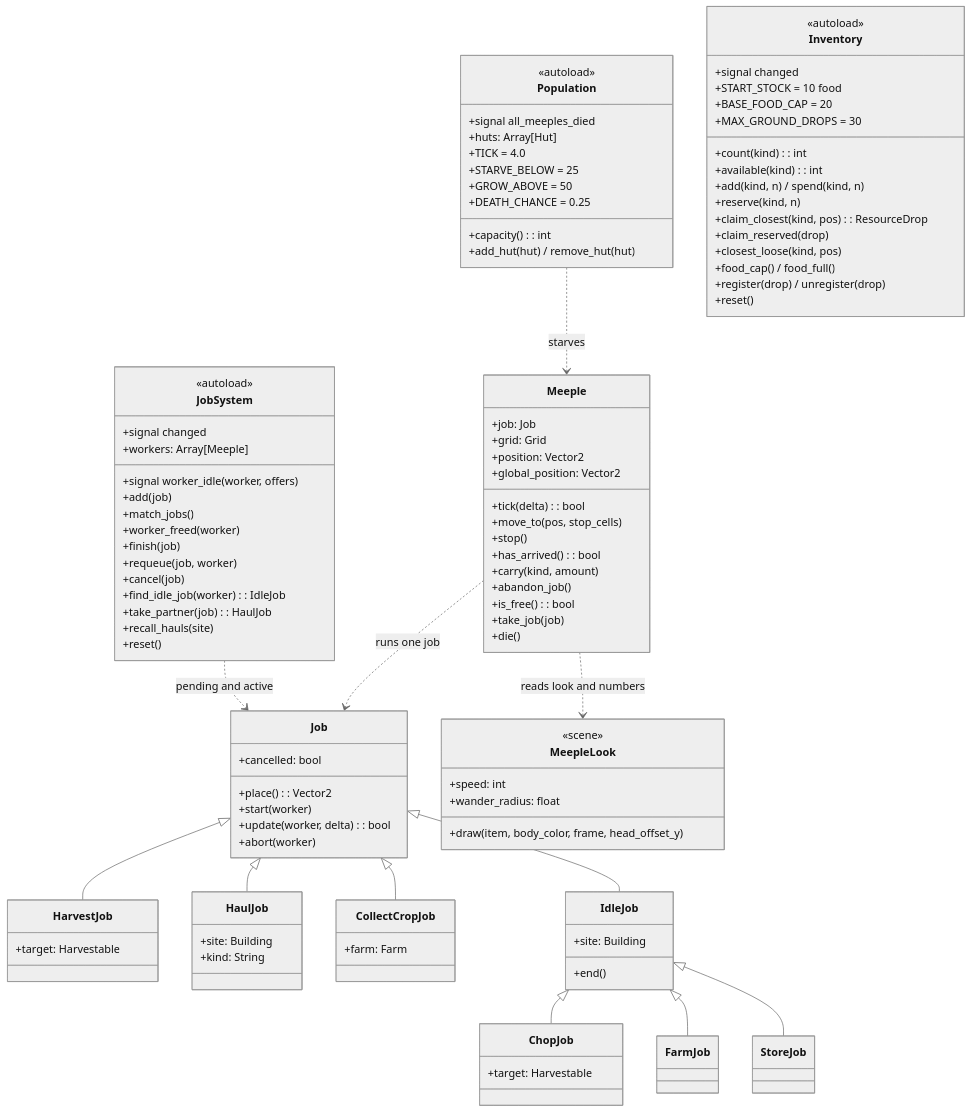
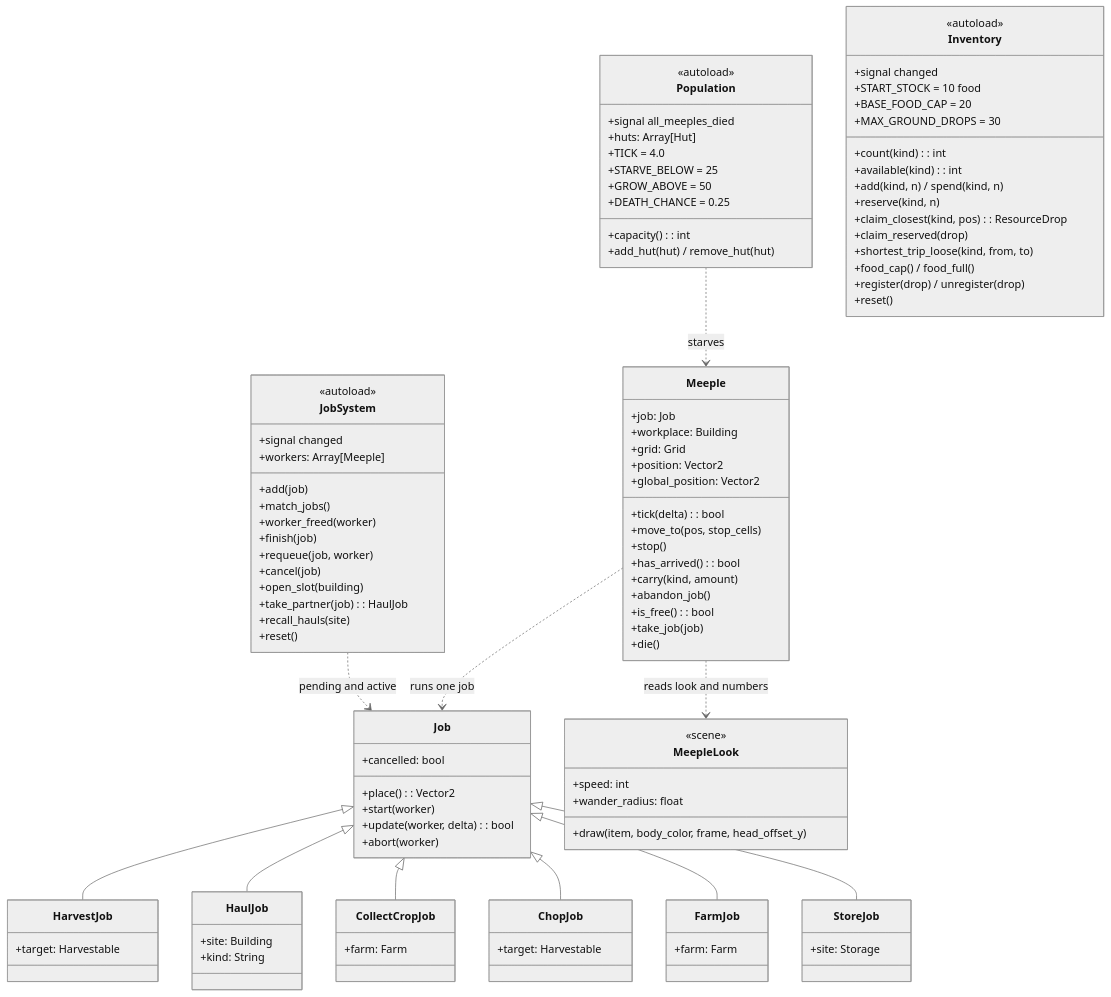
One commit to Liam-M-Mays/game-jam-2026 changed the ninth of 10 diagrams in docs/architecture.md. Above: the diagram before and after it, drawn with Mermaid (neutral theme). The commit also changed other lines of this file and 20 other files, not shown here.

First line of the commit message:
Rework part 4a: worker slots replace idle jobs (#100)

```diff
--- a/docs/architecture.md
+++ b/docs/architecture.md
@@ -503,7 +509,6 @@
     class JobSystem {
         <<autoload>>
         +signal changed
-        +signal worker_idle(worker, offers)
         +workers: Array[Meeple]
         +add(job)
         +match_jobs()
@@ -511,7 +516,7 @@
         +finish(job)
         +requeue(job, worker)
         +cancel(job)
-        +find_idle_job(worker): IdleJob
+        +open_slot(building)
         +take_partner(job): HaulJob
         +recall_hauls(site)
         +reset()
@@ -525,6 +530,7 @@
     }
     class Meeple {
         +job: Job
+        +workplace: Building
         +grid: Grid
         +position: Vector2
         +global_position: Vector2
@@ -567,7 +573,7 @@
         +reserve(kind, n)
         +claim_closest(kind, pos): ResourceDrop
         +claim_reserved(drop)
-        +closest_loose(kind, pos)
+        +shortest_trip_loose(kind, from, to)
         +food_cap() / food_full()
         +register(drop) / unregister(drop)
         +reset()
@@ -582,24 +588,21 @@
     class CollectCropJob {
         +farm: Farm
     }
-    class IdleJob {
-        +site: Building
-        +end()
-    }
     class ChopJob {
         +target: Harvestable
     }
     class FarmJob {
+        +farm: Farm
     }
     class StoreJob {
+        +site: Storage
     }
     Job <|-- HarvestJob
     Job <|-- HaulJob
     Job <|-- CollectCropJob
-    Job <|-- IdleJob
-    IdleJob <|-- ChopJob
-    IdleJob <|-- FarmJob
-    IdleJob <|-- StoreJob
+    Job <|-- ChopJob
+    Job <|-- FarmJob
+    Job <|-- StoreJob
     JobSystem ..> Job : pending and active
     Meeple ..> Job : runs one job
     Meeple ..> MeepleLook : reads look and numbers
```
